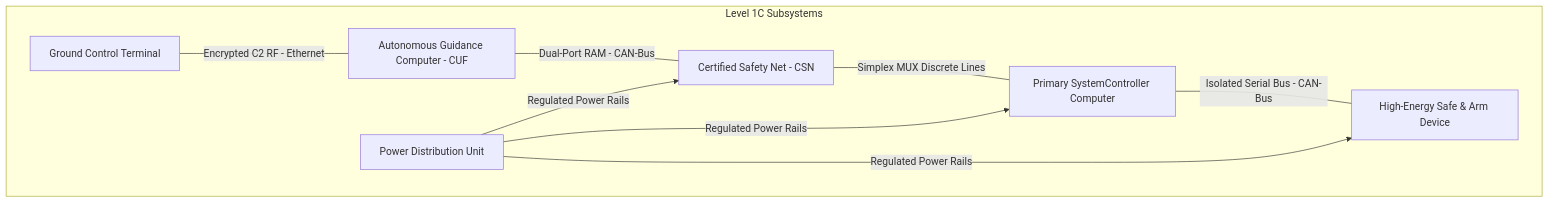
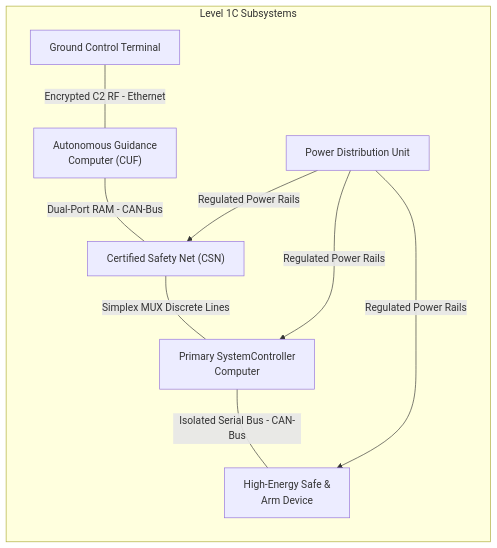
The ninth of 11 diagrams in docs/architecture/blueprints/DEAP_DETERMINISTIC_SAFETY_SPECIFICATION_COMPILER_BLUEPRINT.md (gintatkinson/DEAP01-spec-core), drawn with Mermaid before and after one commit. The commit also changed other lines of this file and 28 other files, not shown here.

````diff
--- a/docs/architecture/blueprints/DEAP_DETERMINISTIC_SAFETY_SPECIFICATION_COMPILER_BLUEPRINT.md
+++ b/docs/architecture/blueprints/DEAP_DETERMINISTIC_SAFETY_SPECIFICATION_COMPILER_BLUEPRINT.md
@@ -1239,17 +1252,18 @@
 ```mermaid
 flowchart TD
     subgraph "Level 1C Subsystems"
+        direction TB
         S1["Ground Control Terminal"]
-        S2["Autonomous Guidance Computer - CUF"]
-        S3["Certified Safety Net - CSN"]
-        S4["Primary SystemController Computer"]
-        S5["High-Energy Safe & Arm Device"]
+        S2["Autonomous Guidance<br/>Computer (CUF)"]
+        S3["Certified Safety Net (CSN)"]
+        S4["Primary SystemController<br/>Computer"]
+        S5["High-Energy Safe &<br/>Arm Device"]
         S6["Power Distribution Unit"]
     end
 
     S1 ---|"Encrypted C2 RF - Ethernet"| S2
     S2 ---|"Dual-Port RAM - CAN-Bus"| S3
     S3 ---|"Simplex MUX Discrete Lines"| S4
     S4 ---|"Isolated Serial Bus - CAN-Bus"| S5
     S6 -->|"Regulated Power Rails"| S4 & S5 & S3
 ```
````
